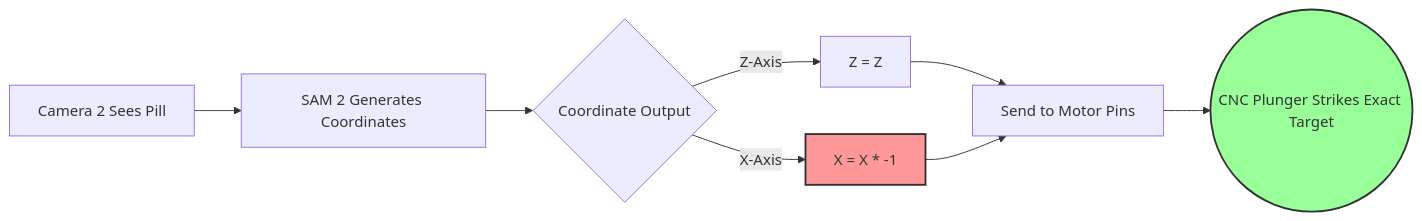
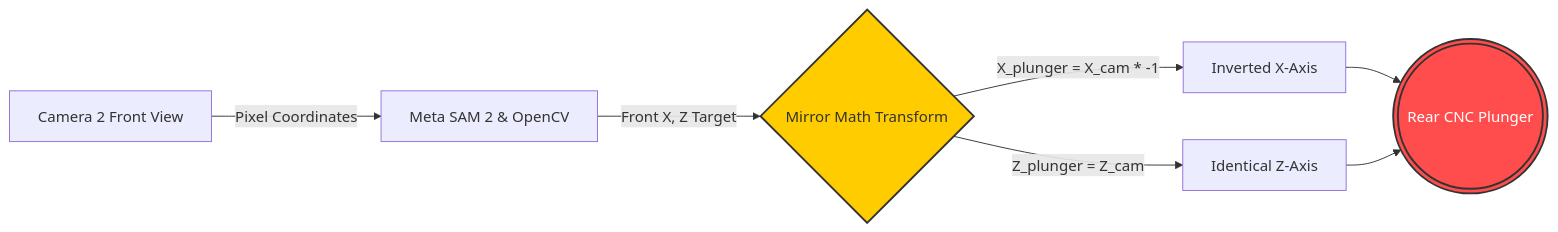
Before and after one commit to RealASHWIN122/Blister-bot-main-: the fifth of 6 diagrams in README.md, drawn with Mermaid. The commit also changed other lines of this file, not shown here.

Commit message:
docs: Add detailed circuit, dual interface, mirror math, and pipeline Mermaid diagrams

````diff
--- a/README.md
+++ b/README.md
@@ -183,16 +228,12 @@
 ```mermaid
 flowchart LR
-    A[Camera 2 Sees Pill] --> B[SAM 2 Generates Coordinates]
-    B --> C{Coordinate Output}
+    CAM[Camera 2 Front View] -->|Pixel Coordinates| SAM[Meta SAM 2 & OpenCV]
+    SAM -->|Front X, Z Target| MATH{Mirror Math Transform}
+    MATH -->|X_plunger = X_cam * -1| CNC_X[Inverted X-Axis]
+    MATH -->|Z_plunger = Z_cam| CNC_Z[Identical Z-Axis]
+    CNC_X --> PUNCH(((Rear CNC Plunger)))
+    CNC_Z --> PUNCH
     
-    C -->|Z-Axis| D[Z = Z]
-    C -->|X-Axis| E[X = X * -1]
-    
-    D --> F[Send to Motor Pins]
-    E --> F
-    
-    F --> G((CNC Plunger Strikes Exact Target))
-    
-    style E fill:#ff9999,stroke:#333,stroke-width:2px
-    style G fill:#99ff99,stroke:#333,stroke-width:2px
+    style MATH fill:#ffcc00,stroke:#333,stroke-width:2px
+    style PUNCH fill:#ff4d4d,stroke:#333,stroke-width:2px,color:#fff
 ```
````
